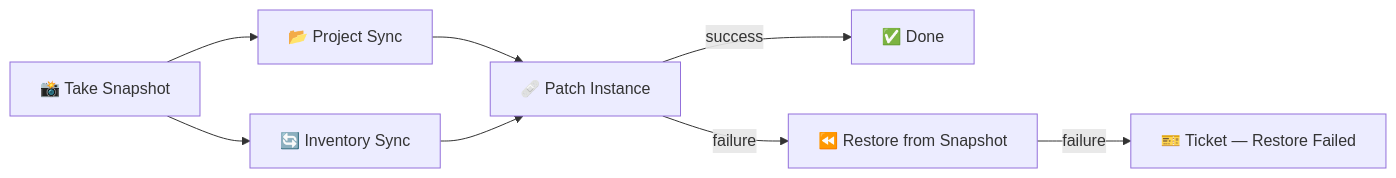
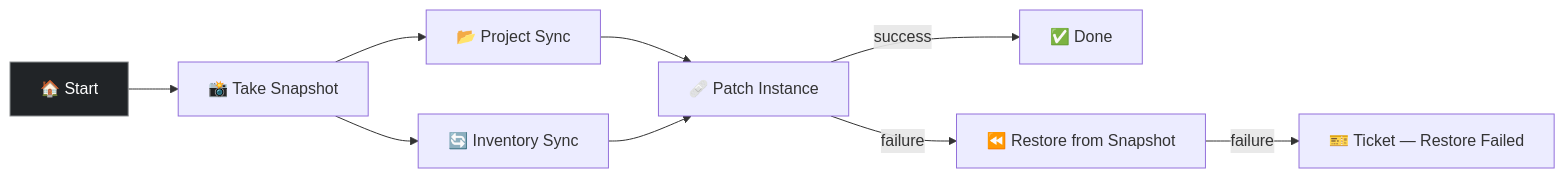
The diagram in openshift/docs/openshift-cnv-patch-workflow.md (ansible/product-demos), drawn with Mermaid before and after one commit. The commit also changed 9 other files, not shown here.

First line of the commit message:
docs: add AAP-style Start node to all workflow Mermaid diagrams

````diff
--- a/openshift/docs/openshift-cnv-patch-workflow.md
+++ b/openshift/docs/openshift-cnv-patch-workflow.md
@@ -8,10 +8,13 @@
 ```mermaid
 graph LR
+  S["🏠 Start"]
+  S --> A
   A["📸 Take Snapshot"] --> B["📂 Project Sync"]
   A --> C["🔄 Inventory Sync"]
   B --> D["🩹 Patch Instance"]
   C --> D
   D -->|success| E["✅ Done"]
   D -->|failure| F["⏪ Restore from Snapshot"]
   F -->|failure| G["🎫 Ticket — Restore Failed"]
+  style S fill:#212427,stroke:#8a8d90,color:#fff
 ```
````
